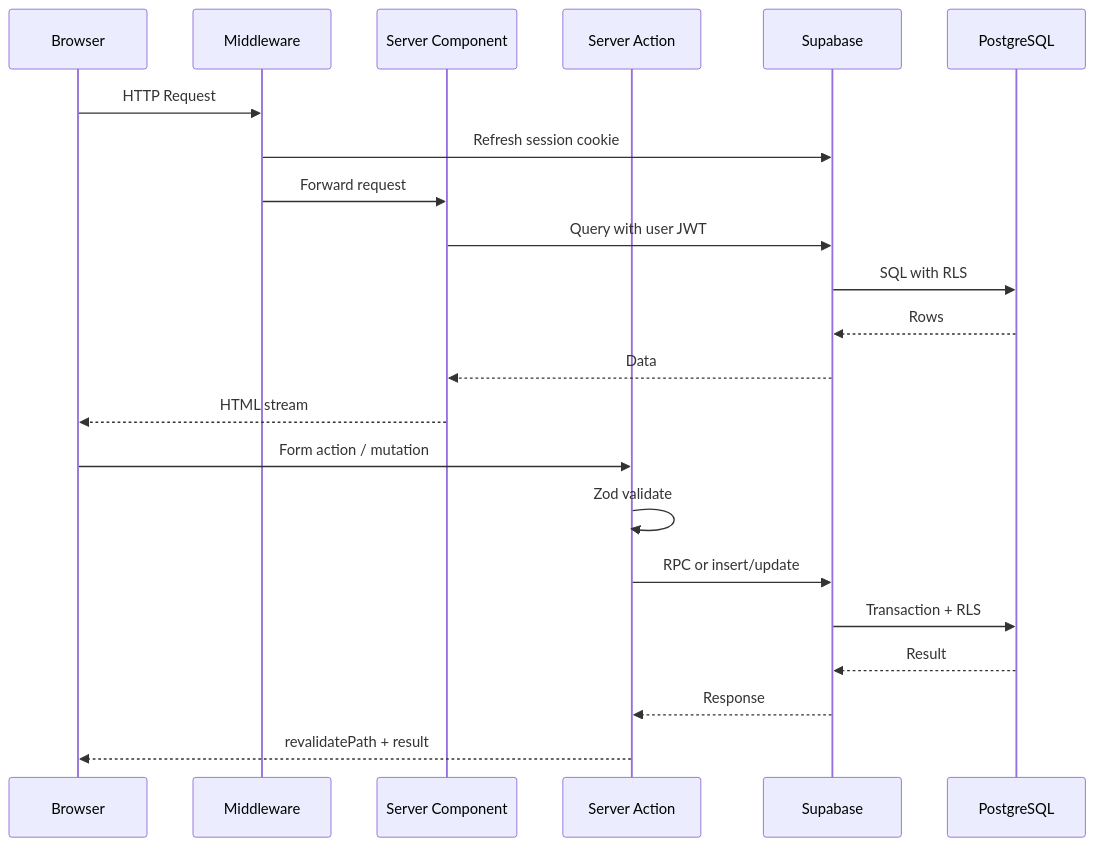
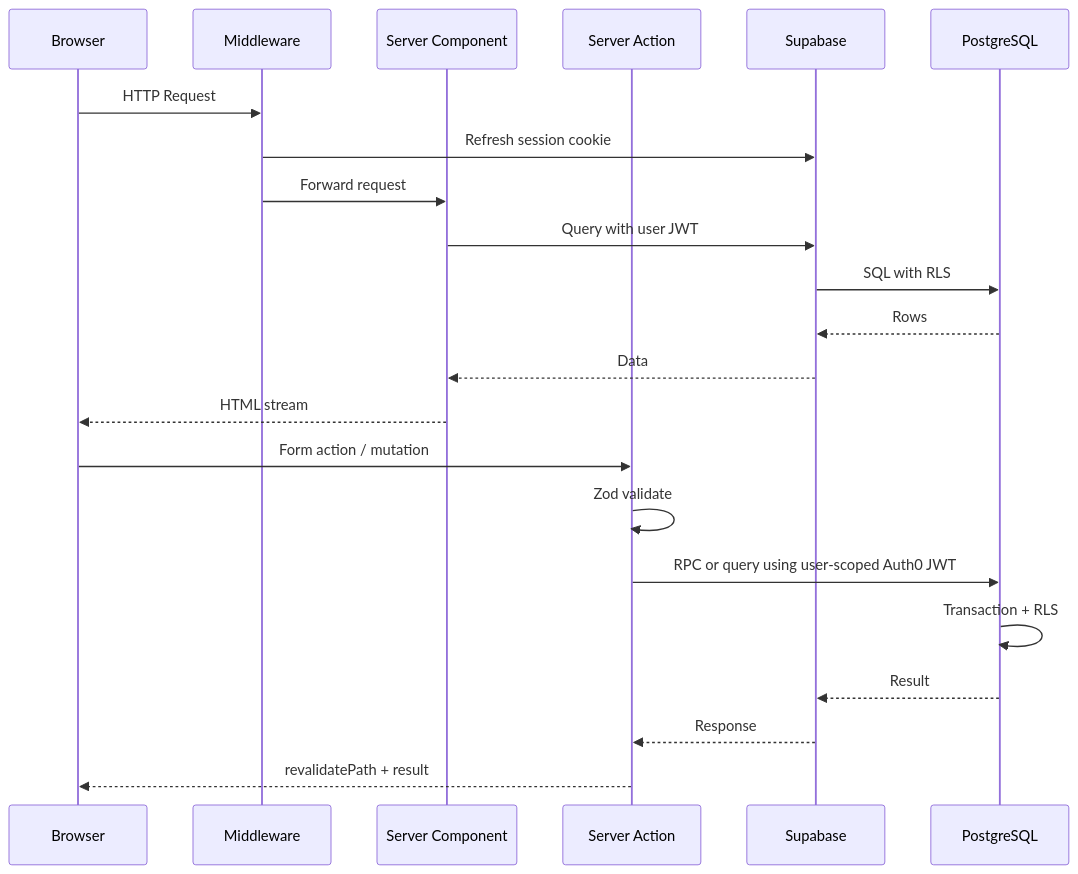
The second of 6 diagrams in docs/04_SYSTEM_ARCHITECTURE.md (TheOneWith-3j/sports-community-app), drawn with Mermaid before and after one commit. The commit also changed other lines of this file and 38 other files, not shown here.

````diff
--- a/docs/04_SYSTEM_ARCHITECTURE.md
+++ b/docs/04_SYSTEM_ARCHITECTURE.md
@@ -149,26 +149,26 @@
 ```mermaid
 sequenceDiagram
   participant Browser
   participant Middleware
   participant RSC as Server Component
   participant SA as Server Action
   participant Supabase
   participant DB as PostgreSQL
 
   Browser->>Middleware: HTTP Request
   Middleware->>Supabase: Refresh session cookie
   Middleware->>RSC: Forward request
   RSC->>Supabase: Query with user JWT
   Supabase->>DB: SQL with RLS
   DB-->>Supabase: Rows
   Supabase-->>RSC: Data
   RSC-->>Browser: HTML stream
 
   Browser->>SA: Form action / mutation
   SA->>SA: Zod validate
-  SA->>Supabase: RPC or insert/update
-  Supabase->>DB: Transaction + RLS
+  SA->>DB: RPC or query using user-scoped Auth0 JWT
+  DB->>DB: Transaction + RLS
   DB-->>Supabase: Result
   Supabase-->>SA: Response
   SA-->>Browser: revalidatePath + result
 ```
````
